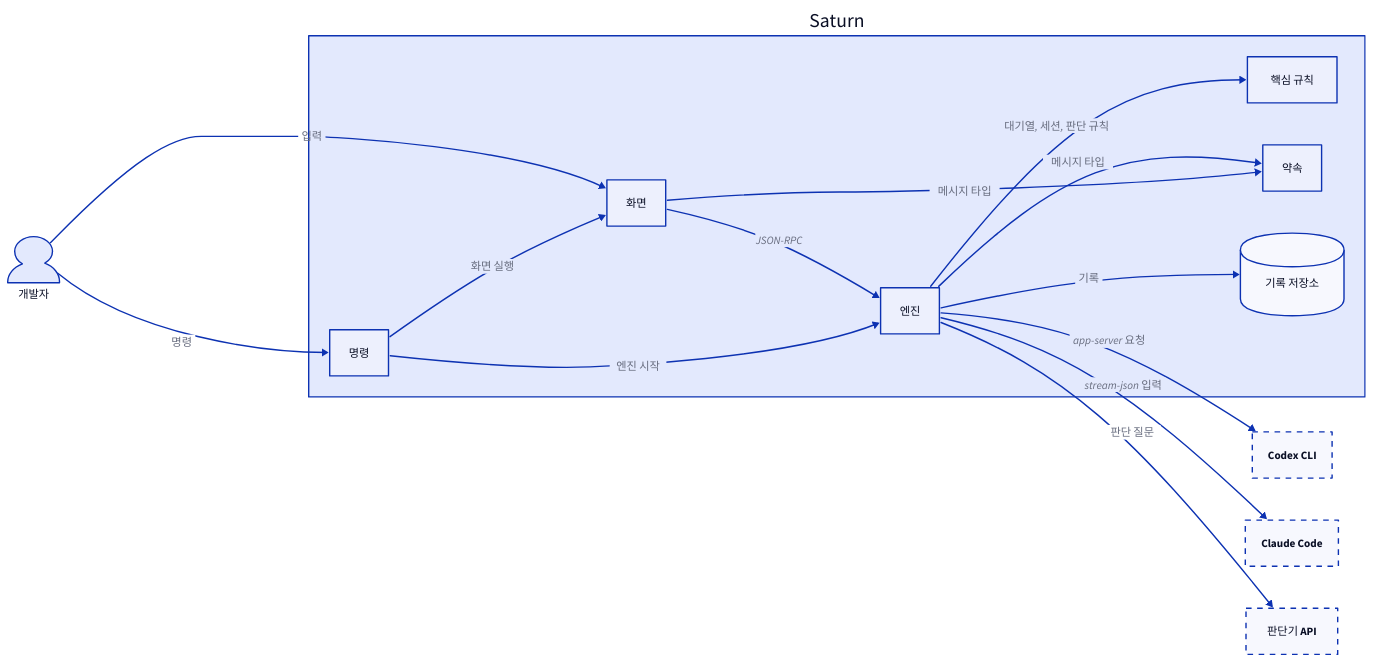
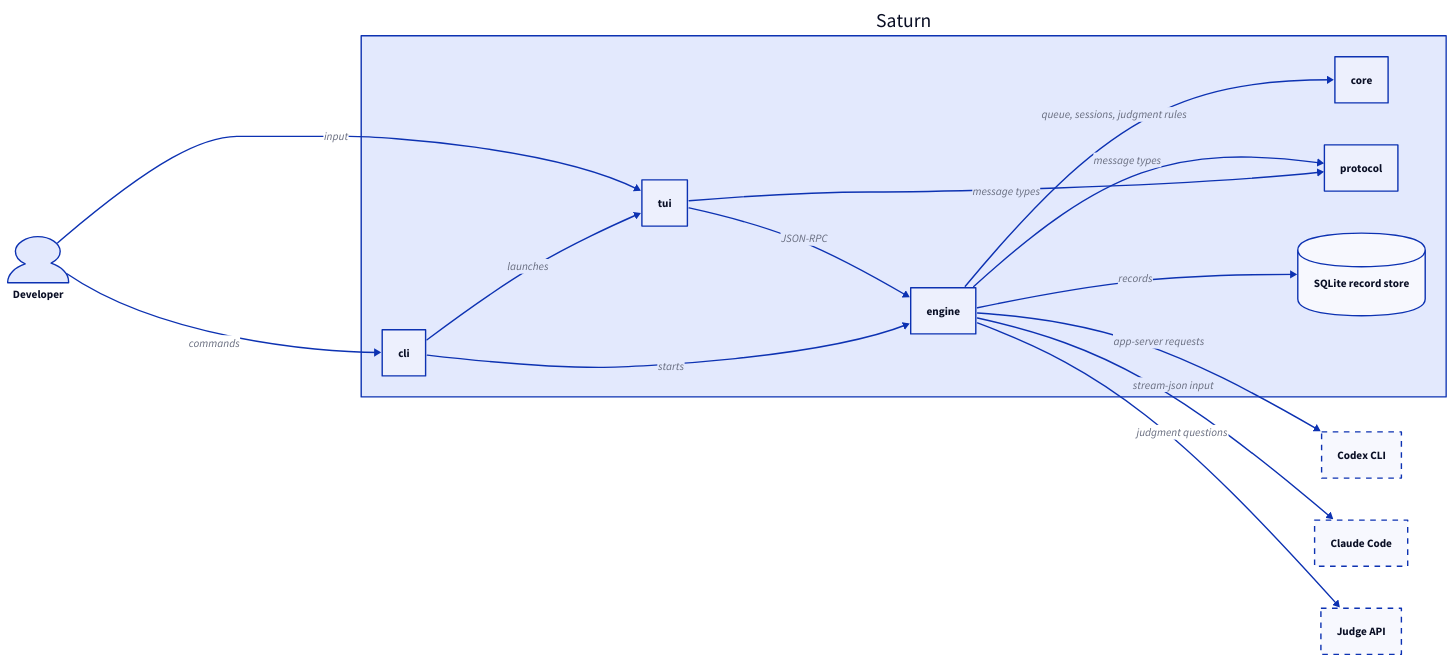
One commit to woonyong-choi/saturn changed the diagram in docs/assets/architecture.d2. Above: the diagram before and after it, drawn with D2. The commit also changed 37 other files, not shown here.

```diff
--- a/docs/assets/architecture.d2
+++ b/docs/assets/architecture.d2
@@ -1,25 +1,25 @@
 direction: right
-user: 개발자 {shape: person}
+user: Developer {shape: person}
 system: Saturn {
-  cli: 명령
-  tui: 화면
-  engine: 엔진
-  core: 핵심 규칙
-  protocol: 약속
-  database: 기록 저장소 {shape: cylinder}
-  cli -> engine: 엔진 시작
-  cli -> tui: 화면 실행
+  cli: cli
+  tui: tui
+  engine: engine
+  core: core
+  protocol: protocol
+  database: SQLite record store {shape: cylinder}
+  cli -> engine: starts
+  cli -> tui: launches
   tui -> engine: JSON-RPC
-  tui -> protocol: 메시지 타입
-  engine -> core: 대기열, 세션, 판단 규칙
-  engine -> protocol: 메시지 타입
-  engine -> database: 기록
+  tui -> protocol: message types
+  engine -> core: queue, sessions, judgment rules
+  engine -> protocol: message types
+  engine -> database: records
 }
 codex-cli: Codex CLI {style.stroke-dash: 4}
 claude-code: Claude Code {style.stroke-dash: 4}
-judge-api: 판단기 API {style.stroke-dash: 4}
-user -> system.cli: 명령
-user -> system.tui: 입력
-system.engine -> codex-cli: app-server 요청
-system.engine -> claude-code: stream-json 입력
-system.engine -> judge-api: 판단 질문
+judge-api: Judge API {style.stroke-dash: 4}
+user -> system.cli: commands
+user -> system.tui: input
+system.engine -> codex-cli: app-server requests
+system.engine -> claude-code: stream-json input
+system.engine -> judge-api: judgment questions
```
